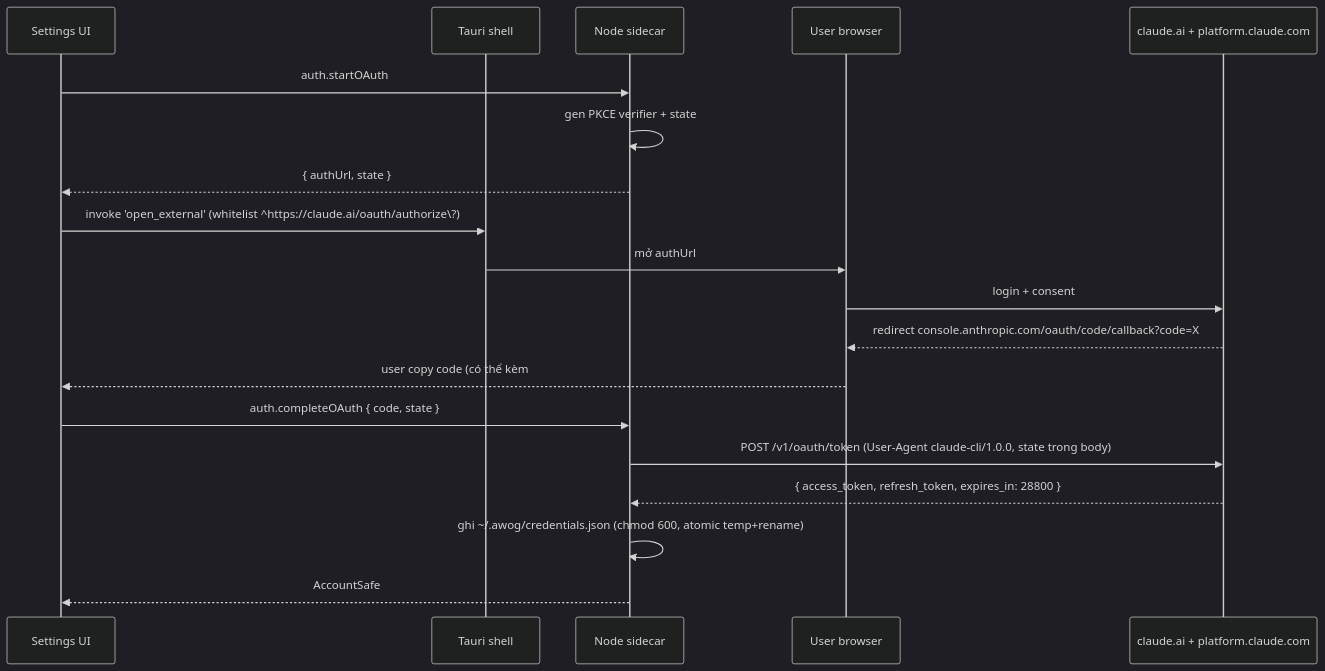
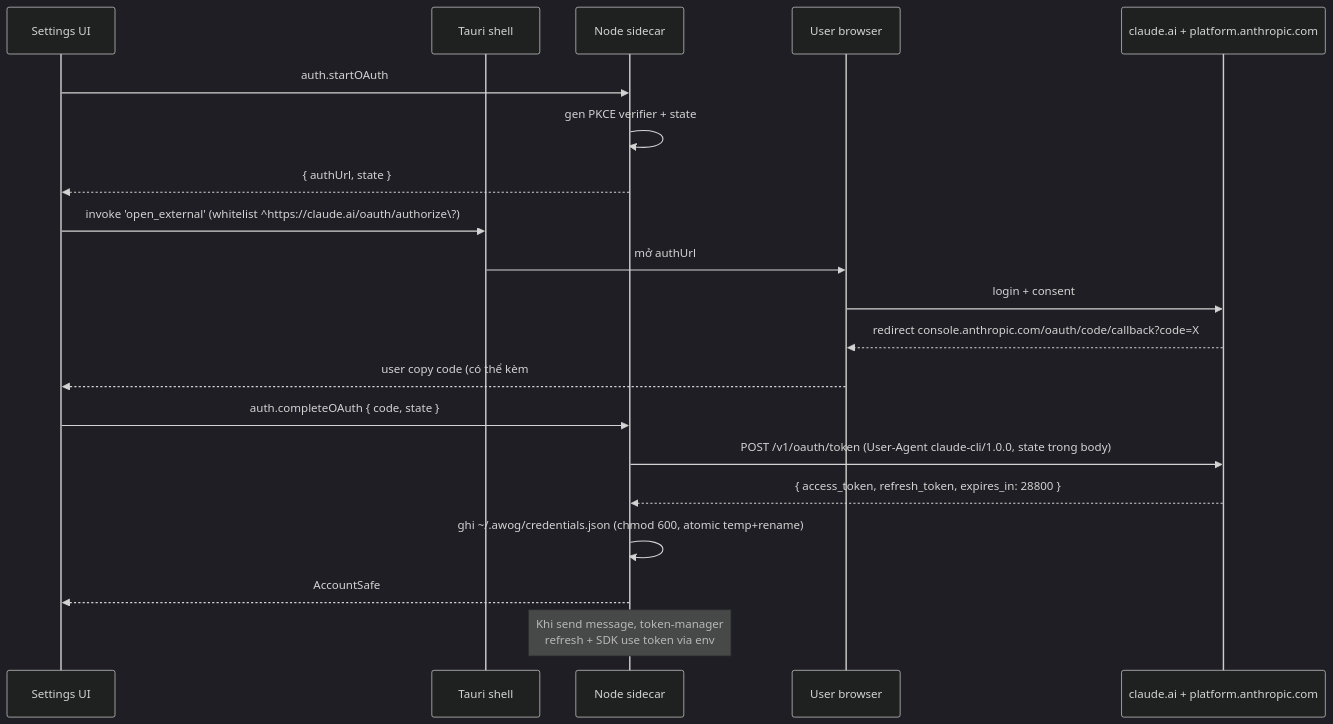
One commit to boykioyb/awog changed the diagram in docs/features/models-and-accounts.md. Above: the diagram before and after it, drawn with Mermaid (dark theme). The commit also changed other lines of this file and 12 other files, not shown here.

````diff
--- a/docs/features/models-and-accounts.md
+++ b/docs/features/models-and-accounts.md
@@ -16,22 +16,24 @@
 ```mermaid
 sequenceDiagram
     participant UI as Settings UI
     participant Tauri as Tauri shell
     participant Side as Node sidecar
     participant Browser as User browser
-    participant Anth as claude.ai + platform.claude.com
+    participant Anth as claude.ai + platform.anthropic.com
 
     UI->>Side: auth.startOAuth
     Side->>Side: gen PKCE verifier + state
     Side-->>UI: { authUrl, state }
     UI->>Tauri: invoke 'open_external' (whitelist ^https://claude.ai/oauth/authorize\?)
     Tauri->>Browser: mở authUrl
     Browser->>Anth: login + consent
     Anth-->>Browser: redirect console.anthropic.com/oauth/code/callback?code=X#state=Y
     Browser-->>UI: user copy code (có thể kèm #state) → paste vào SettingsOAuthCodeDialog
     UI->>Side: auth.completeOAuth { code, state }
     Side->>Anth: POST /v1/oauth/token (User-Agent claude-cli/1.0.0, state trong body)
     Anth-->>Side: { access_token, refresh_token, expires_in: 28800 }
     Side->>Side: ghi ~/.awog/credentials.json (chmod 600, atomic temp+rename)
     Side-->>UI: AccountSafe
+
+    Note over Side: Khi send message, token-manager<br/>refresh + SDK use token via env
 ```
````
